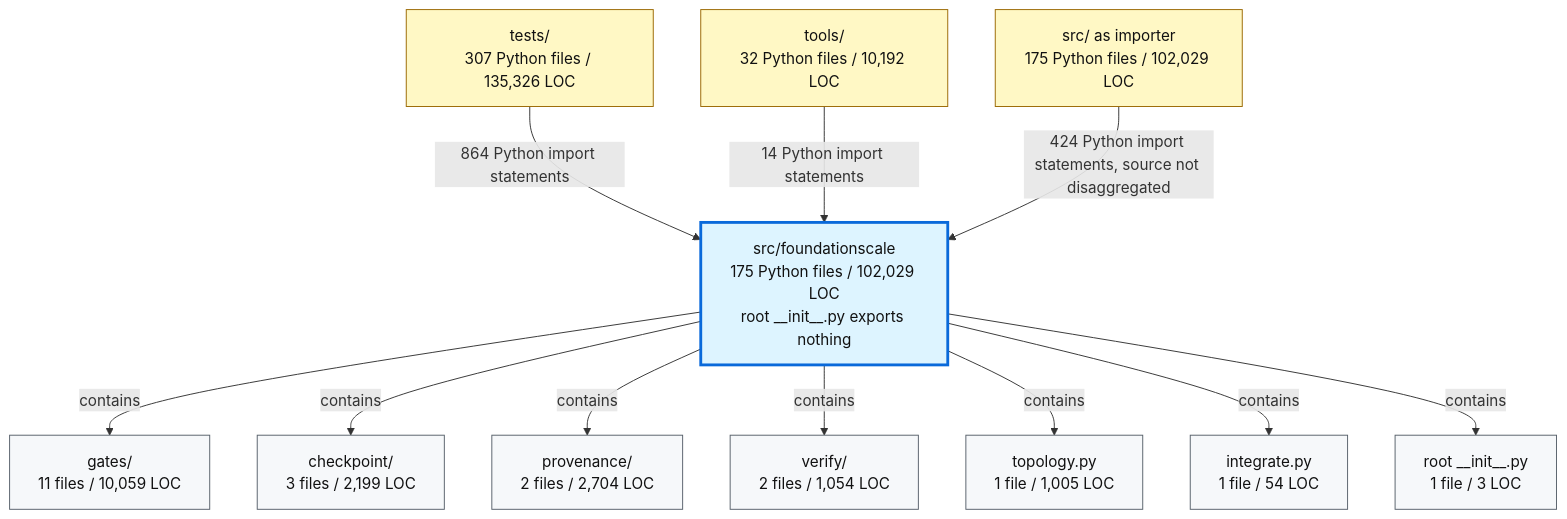
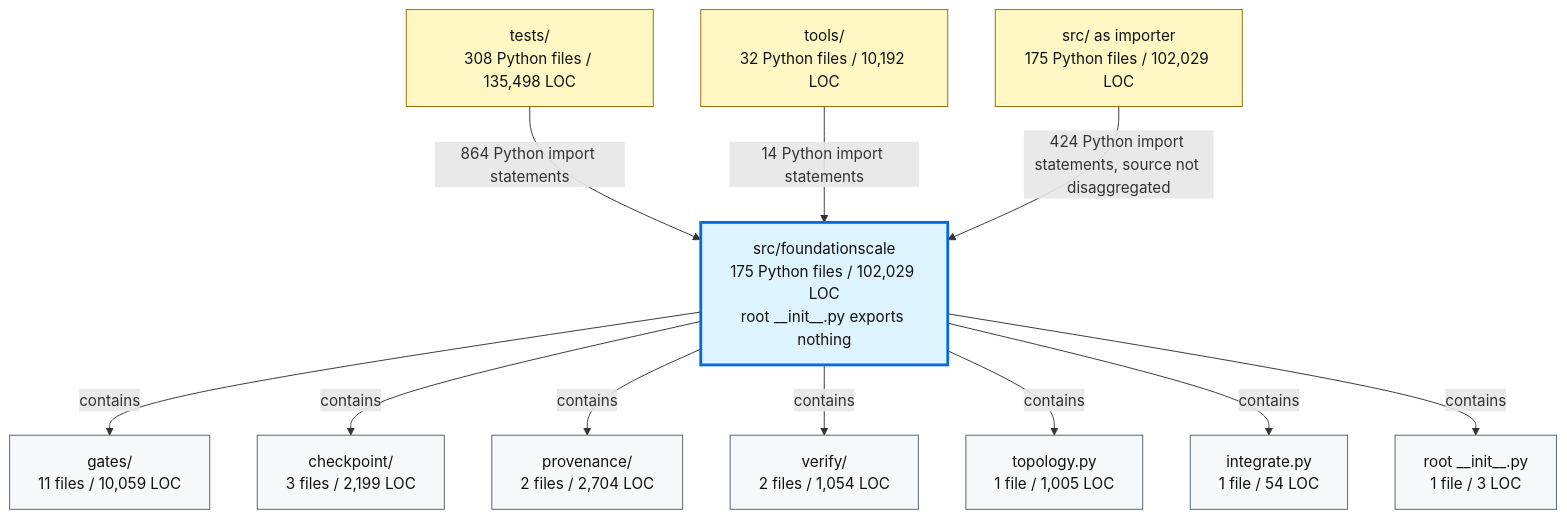
One commit to TranNhiem/FoundationScale changed the second of 2 diagrams in docs/review/D2_current_architecture.md. Above: the diagram before and after it, drawn with Mermaid. The commit also changed 6 other files, not shown here.

````diff
--- a/docs/review/D2_current_architecture.md
+++ b/docs/review/D2_current_architecture.md
@@ -97,36 +97,36 @@
 ```mermaid
 flowchart TB
-  TESTS["tests/<br/>307 Python files / 135,326 LOC"]
+  TESTS["tests/<br/>308 Python files / 135,498 LOC"]
   TOOLS["tools/<br/>32 Python files / 10,192 LOC"]
   SRC["src/ as importer<br/>175 Python files / 102,029 LOC"]
 
   FS["src/foundationscale<br/>175 Python files / 102,029 LOC<br/>root __init__.py exports nothing"]
 
   GATES["gates/<br/>11 files / 10,059 LOC"]
   CKPT["checkpoint/<br/>3 files / 2,199 LOC"]
   PROV["provenance/<br/>2 files / 2,704 LOC"]
   VERIFY["verify/<br/>2 files / 1,054 LOC"]
   TOPO["topology.py<br/>1 file / 1,005 LOC"]
   INTEG["integrate.py<br/>1 file / 54 LOC"]
   ROOT["root __init__.py<br/>1 file / 3 LOC"]
 
   TESTS -->|"864 Python import statements"| FS
   TOOLS -->|"14 Python import statements"| FS
   SRC -->|"424 Python import statements, source not disaggregated"| FS
 
   FS -->|"contains"| GATES
   FS -->|"contains"| CKPT
   FS -->|"contains"| PROV
   FS -->|"contains"| VERIFY
   FS -->|"contains"| TOPO
   FS -->|"contains"| INTEG
   FS -->|"contains"| ROOT
 
   classDef consumer fill:#fff8c5,stroke:#9a6700,color:#111;
   classDef package fill:#ddf4ff,stroke:#0969da,stroke-width:3px,color:#111;
   classDef module fill:#f6f8fa,stroke:#57606a,color:#111;
 
   class TESTS,TOOLS,SRC consumer;
   class FS package;
   class GATES,CKPT,PROV,VERIFY,TOPO,INTEG,ROOT module;
 ```
````
